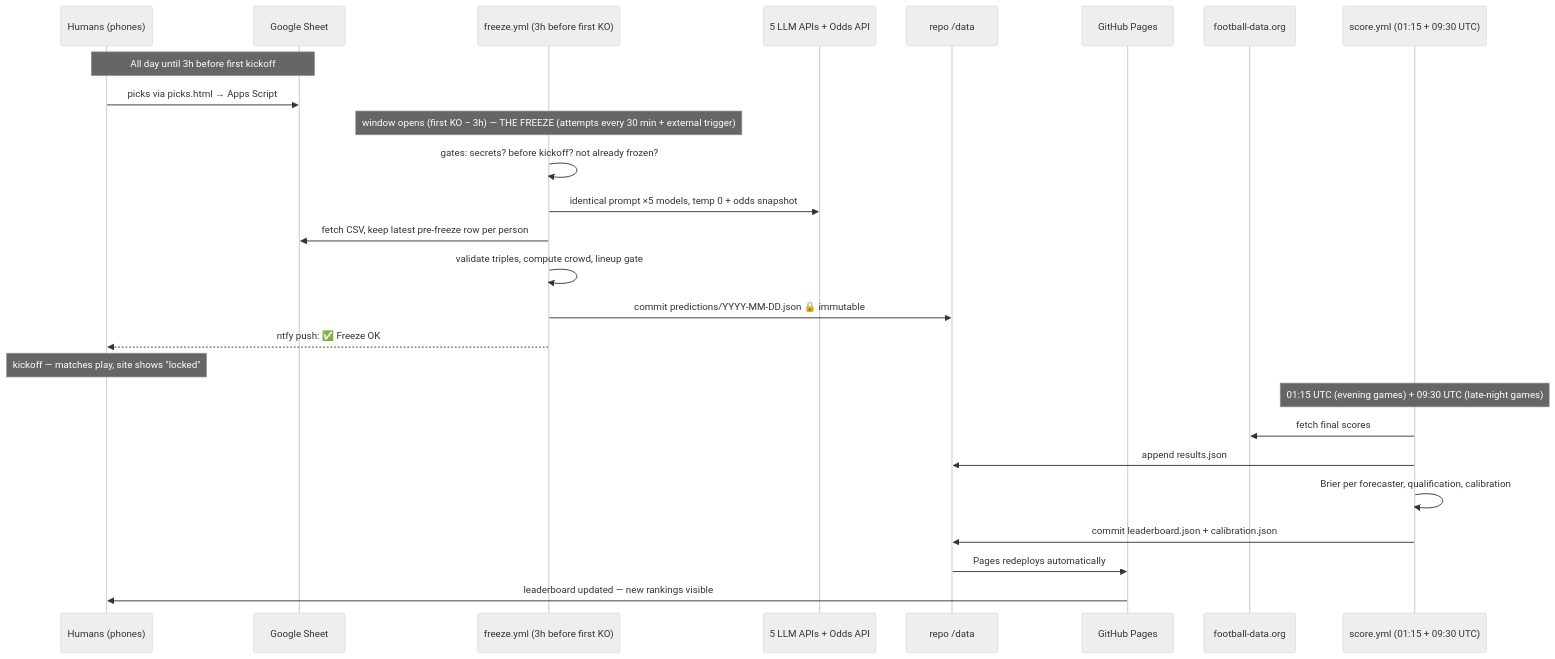
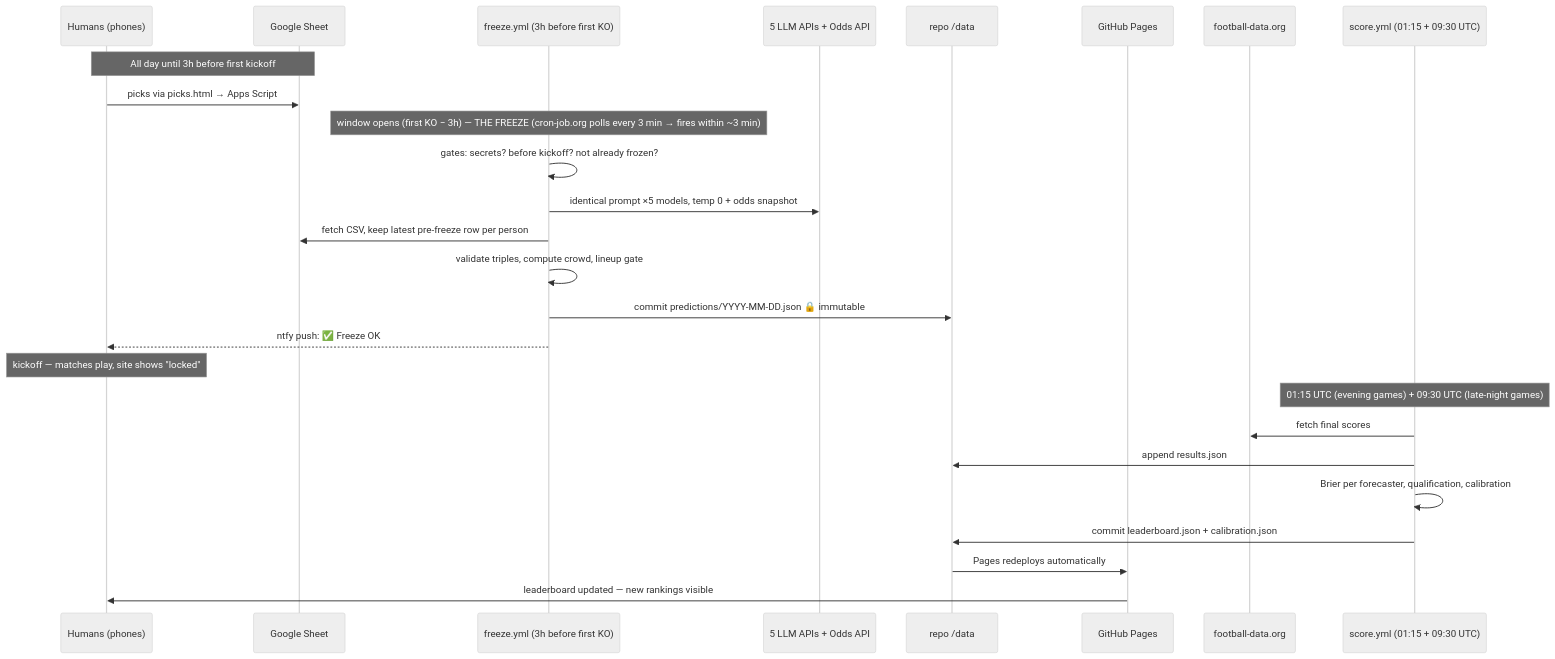
One commit to dakshjagwani/forecasting-arena-wc26 changed the second of 4 diagrams in docs/ARCHITECTURE.md. Above: the diagram before and after it, drawn with Mermaid (neutral theme). The commit also changed other lines of this file and 5 other files, not shown here.

First line of the commit message:
reliability: make cron-job.org the primary freeze trigger (every 3 min)

````diff
--- a/docs/ARCHITECTURE.md
+++ b/docs/ARCHITECTURE.md
@@ -74,29 +74,29 @@
 ```mermaid
 sequenceDiagram
     participant H as Humans (phones)
     participant S as Google Sheet
     participant A as freeze.yml (3h before first KO)
     participant L as 5 LLM APIs + Odds API
     participant R as repo /data
     participant P as GitHub Pages
     participant FB as football-data.org
     participant C as score.yml (01:15 + 09:30 UTC)
 
     Note over H,S: All day until 3h before first kickoff
     H->>S: picks via picks.html → Apps Script
-    Note over A: window opens (first KO − 3h) — THE FREEZE (attempts every 30 min + external trigger)
+    Note over A: window opens (first KO − 3h) — THE FREEZE (cron-job.org polls every 3 min → fires within ~3 min)
     A->>A: gates: secrets? before kickoff? not already frozen?
     A->>L: identical prompt ×5 models, temp 0 + odds snapshot
     A->>S: fetch CSV, keep latest pre-freeze row per person
     A->>A: validate triples, compute crowd, lineup gate
     A->>R: commit predictions/YYYY-MM-DD.json  🔒 immutable
     A-->>H: ntfy push: ✅ Freeze OK
     Note over H: kickoff — matches play, site shows "locked"
     Note over C: 01:15 UTC (evening games) + 09:30 UTC (late-night games)
     C->>FB: fetch final scores
     C->>R: append results.json
     C->>C: Brier per forecaster, qualification, calibration
     C->>R: commit leaderboard.json + calibration.json
     R->>P: Pages redeploys automatically
     P->>H: leaderboard updated — new rankings visible
 ```
````
